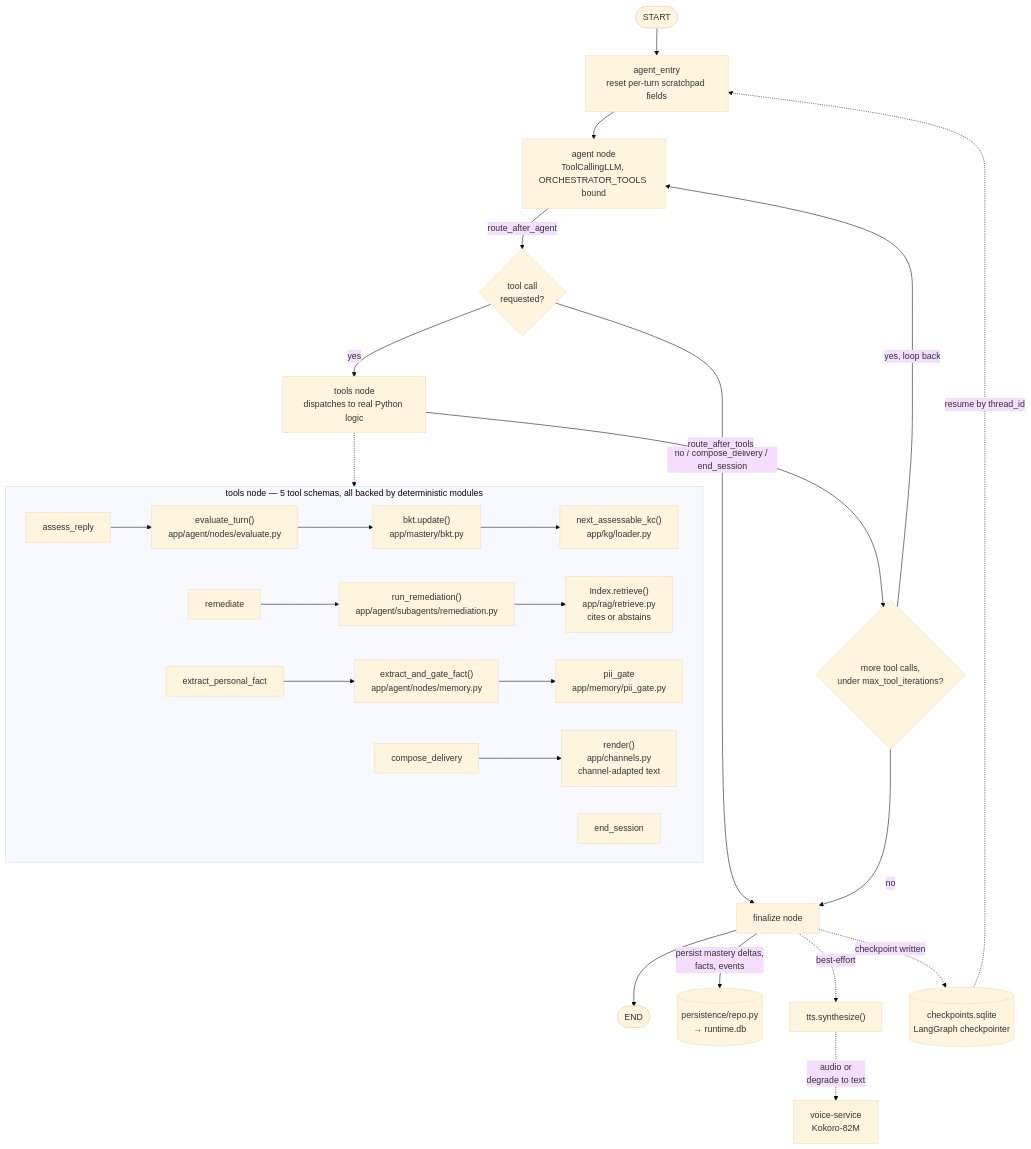
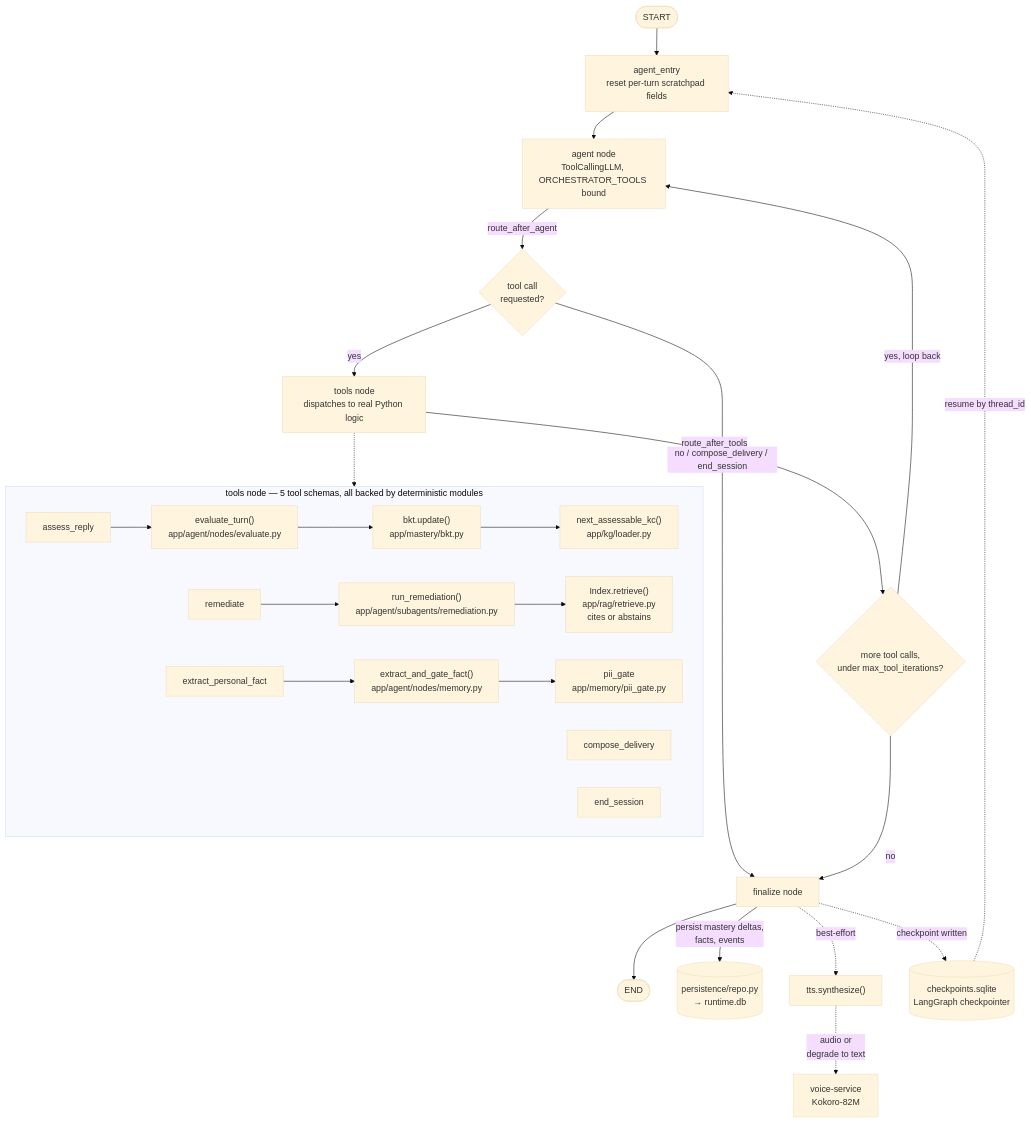
One commit to manuelmarting/hr-training-agentic-system changed the second of 2 diagrams in README.md. Above: the diagram before and after it, drawn with Mermaid (base theme). The commit also changed other lines of this file and 71 other files, not shown here.

````diff
--- a/README.md
+++ b/README.md
@@ -107,40 +104,40 @@
 ```mermaid
 flowchart TD
     START([START]) --> Entry["agent_entry\nreset per-turn scratchpad fields"]
     Entry --> Agent["agent node\nToolCallingLLM, ORCHESTRATOR_TOOLS bound"]
 
     Agent -- "route_after_agent" --> RouteAgent{"tool call\nrequested?"}
     RouteAgent -- "yes" --> Tools["tools node\ndispatches to real Python logic"]
     RouteAgent -- "no / compose_delivery / end_session" --> Finalize["finalize node"]
 
     Tools -- "route_after_tools" --> RouteTools{"more tool calls,\nunder max_tool_iterations?"}
     RouteTools -- "yes, loop back" --> Agent
     RouteTools -- "no" --> Finalize
 
     Finalize --> End([END])
 
     subgraph ToolDispatch["tools node — 5 tool schemas, all backed by deterministic modules"]
         direction LR
         T1["assess_reply"] --> Eval["evaluate_turn()\napp/agent/nodes/evaluate.py"]
         Eval --> BKTU["bkt.update()\napp/mastery/bkt.py"]
         BKTU --> NextKC["next_assessable_kc()\napp/kg/loader.py"]
 
         T2["remediate"] --> RunRem["run_remediation()\napp/agent/subagents/remediation.py"]
         RunRem --> Retr["Index.retrieve()\napp/rag/retrieve.py\ncites or abstains"]
 
         T3["extract_personal_fact"] --> ExtractFact["extract_and_gate_fact()\napp/agent/nodes/memory.py"]
         ExtractFact --> Gate["pii_gate\napp/memory/pii_gate.py"]
 
-        T4["compose_delivery"] --> Render["render()\napp/channels.py\nchannel-adapted text"]
+        T4["compose_delivery"]
 
         T5["end_session"]
     end
 
     Tools -.-> ToolDispatch
 
     Finalize -- "persist mastery deltas,\nfacts, events" --> Repo[("persistence/repo.py\n→ runtime.db")]
     Finalize -. "best-effort" .-> TTS["tts.synthesize()"] -. "audio or\ndegrade to text" .-> Voice["voice-service\nKokoro-82M"]
 
     CP[("checkpoints.sqlite\nLangGraph checkpointer")] -.->|"resume by thread_id"| Entry
     Finalize -.->|"checkpoint written"| CP
 ```
````
